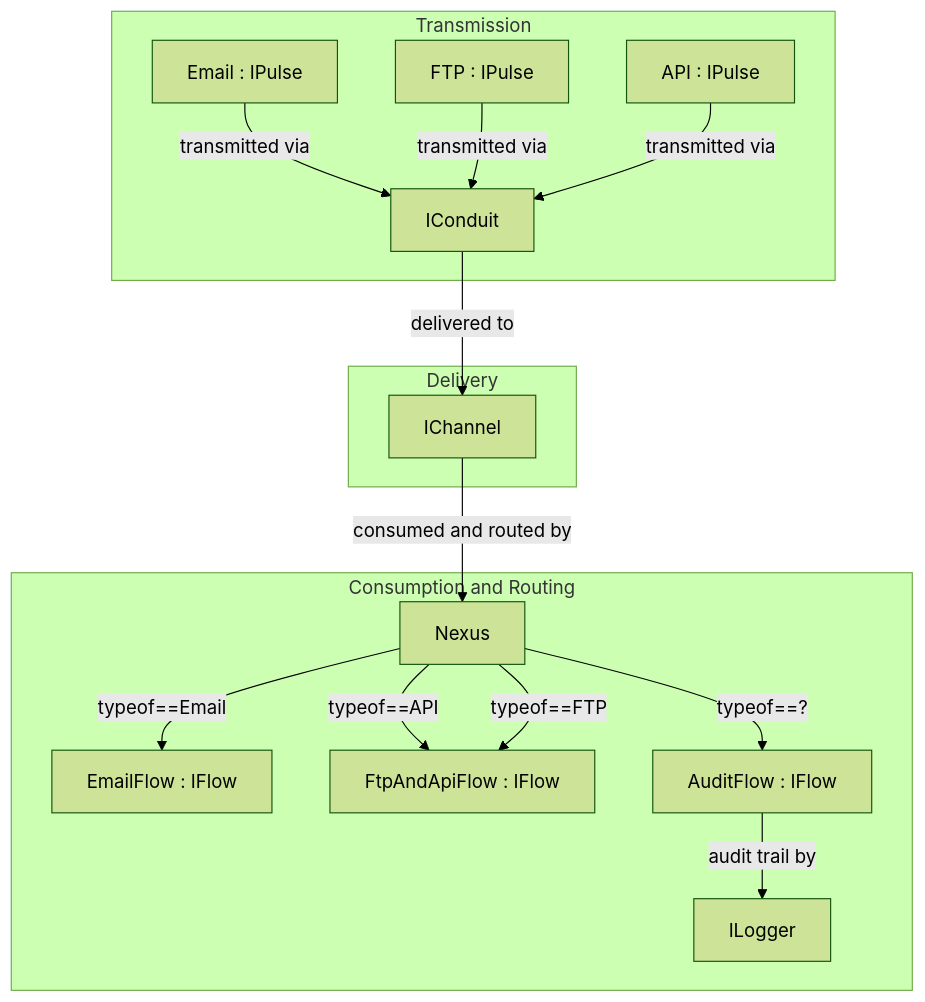
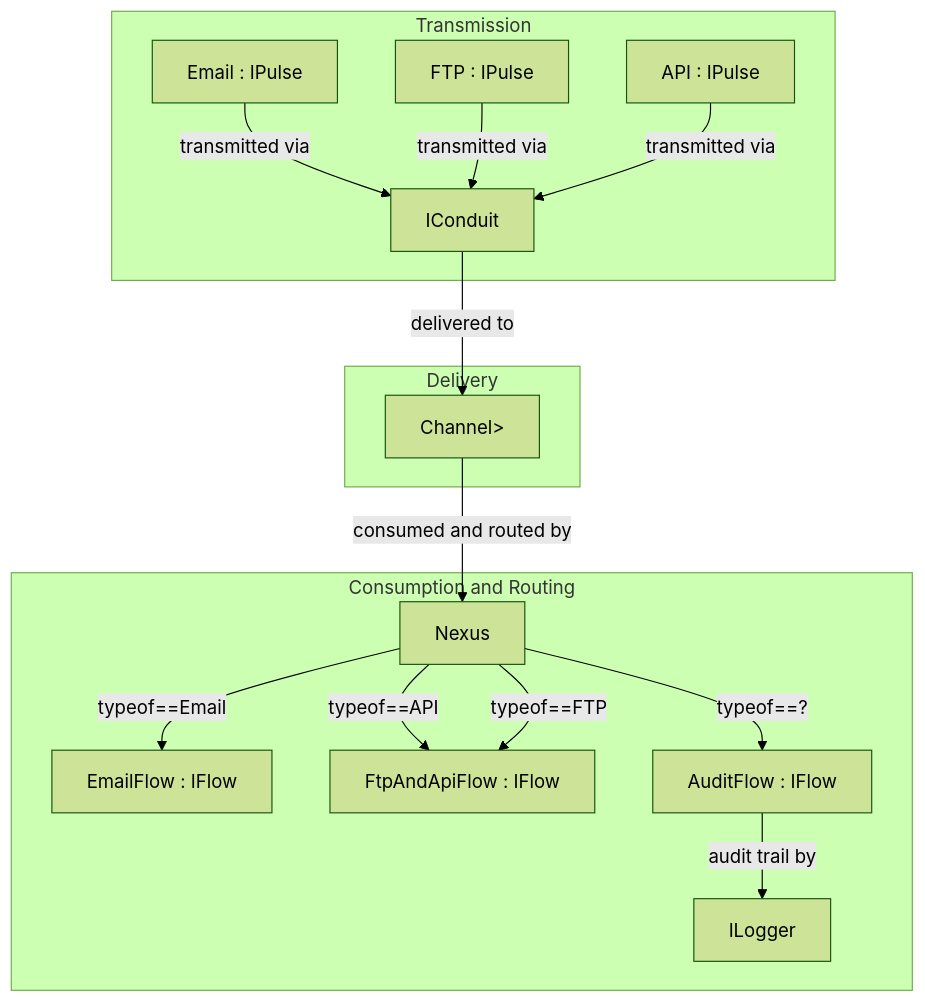
Before and after one commit to frankhaugen/Frank.PulseFlow: the first of 4 diagrams in README.md, drawn with Mermaid (forest theme). The commit also changed other lines of this file and 16 other files, not shown here.

````diff
--- a/README.md
+++ b/README.md
@@ -69,19 +78,19 @@
 ```mermaid
 graph TB
     subgraph "Transmission"
         EmailPulse[Email : IPulse] -->|transmitted via| Conduit[IConduit]
         FtpPulse[FTP : IPulse] -->|transmitted via| Conduit[IConduit]
         ApiPulse[API : IPulse] -->|transmitted via| Conduit[IConduit]
     end
     subgraph "Delivery"
-        Conduit -->|delivered to| IChannel[IChannel]
+        Conduit -->|delivered to| Channel[Channel<IPulse<T>>]
     end
     subgraph "Consumption and Routing"
-        IChannel -->|consumed and routed by| Nexus[Nexus]
+        Channel -->|consumed and routed by| Nexus[Nexus]
         Nexus -->|typeof==Email| EmailFlow[EmailFlow : IFlow]
         Nexus -->|typeof==API| Flow[FtpAndApiFlow : IFlow]
         Nexus -->|typeof==FTP| Flow[FtpAndApiFlow : IFlow]
         Nexus -->|typeof==?| AuditFlow[AuditFlow : IFlow]
         AuditFlow -->|audit trail by| ILogger[ILogger]
     end
 ```
````
